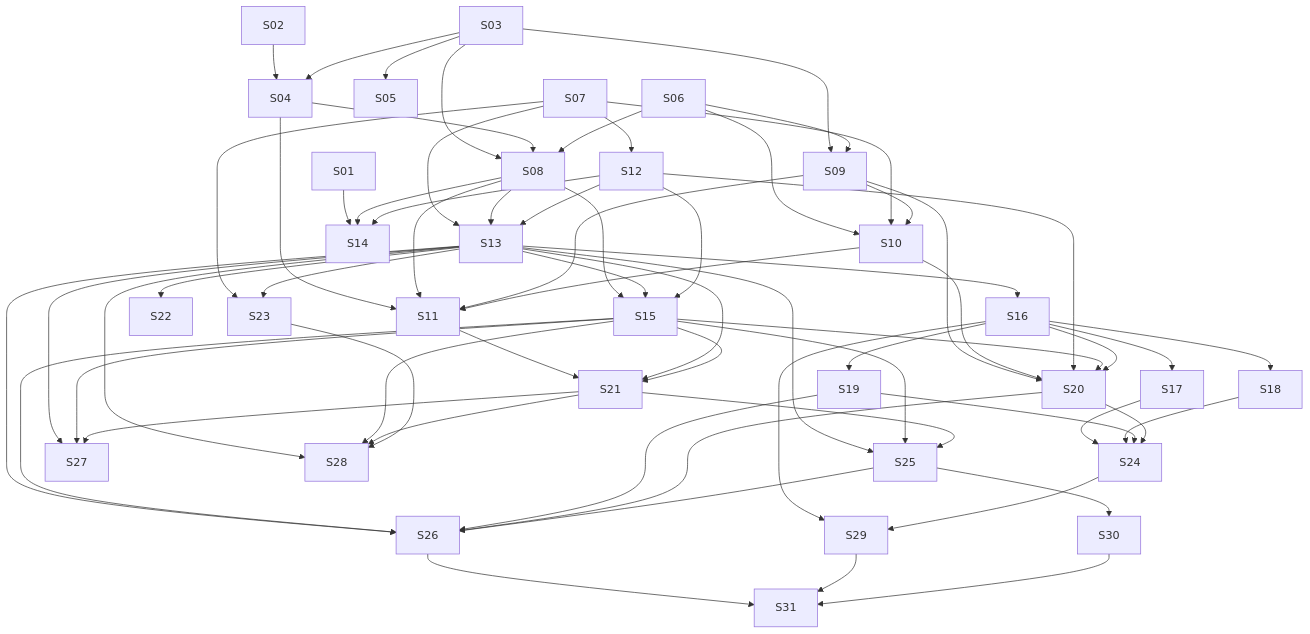
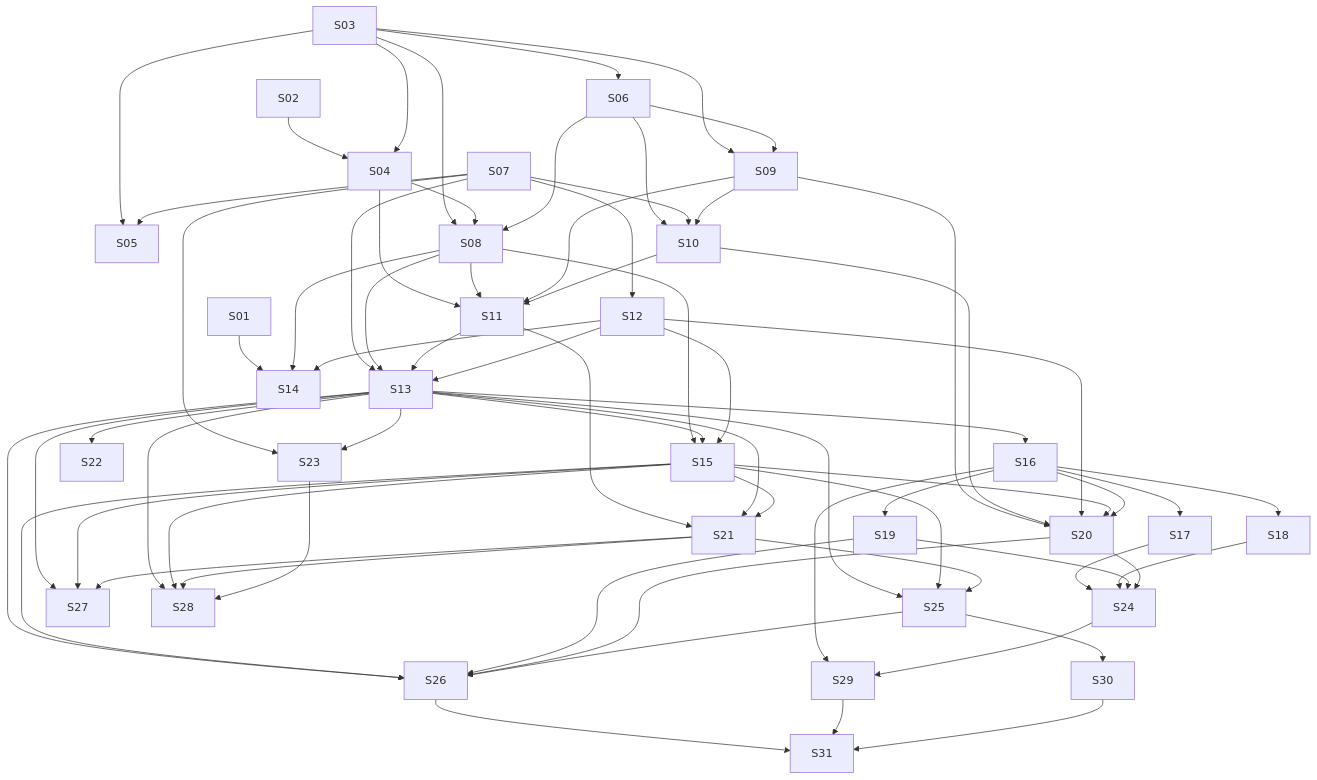
The diagram in plan/M25-TENANT-BILLING-FOUNDATION.md (lmmoreira/ikaro), drawn with Mermaid before and after one commit. The commit also changed other lines of this file and 46 other files, not shown here.

````diff
--- a/plan/M25-TENANT-BILLING-FOUNDATION.md
+++ b/plan/M25-TENANT-BILLING-FOUNDATION.md
@@ -71,68 +71,71 @@
 ```mermaid
 graph TD
   S02 --> S04
   S03 --> S04
   S03 --> S05
+  S07 --> S05
+  S03 --> S06
   S03 --> S08
   S04 --> S08
   S06 --> S08
   S03 --> S09
   S06 --> S09
   S06 --> S10
   S07 --> S10
   S09 --> S10
   S04 --> S11
   S08 --> S11
   S09 --> S11
   S10 --> S11
   S07 --> S12
   S07 --> S13
   S08 --> S13
+  S11 --> S13
   S12 --> S13
   S01 --> S14
   S08 --> S14
   S12 --> S14
   S08 --> S15
   S13 --> S15
   S12 --> S15
   S13 --> S16
   S16 --> S17
   S16 --> S18
   S16 --> S19
   S09 --> S20
   S10 --> S20
   S12 --> S20
   S15 --> S20
   S16 --> S20
   S11 --> S21
   S13 --> S21
   S15 --> S21
   S13 --> S22
   S07 --> S23
   S13 --> S23
   S17 --> S24
   S18 --> S24
   S19 --> S24
   S20 --> S24
   S13 --> S25
   S15 --> S25
   S21 --> S25
   S13 --> S26
   S15 --> S26
   S19 --> S26
   S20 --> S26
   S25 --> S26
   S13 --> S27
   S15 --> S27
   S21 --> S27
   S13 --> S28
   S15 --> S28
   S21 --> S28
   S23 --> S28
   S16 --> S29
   S24 --> S29
   S25 --> S30
   S26 --> S31
   S29 --> S31
   S30 --> S31
 ```
````
